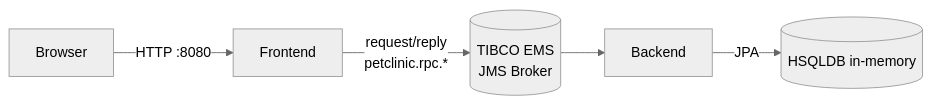
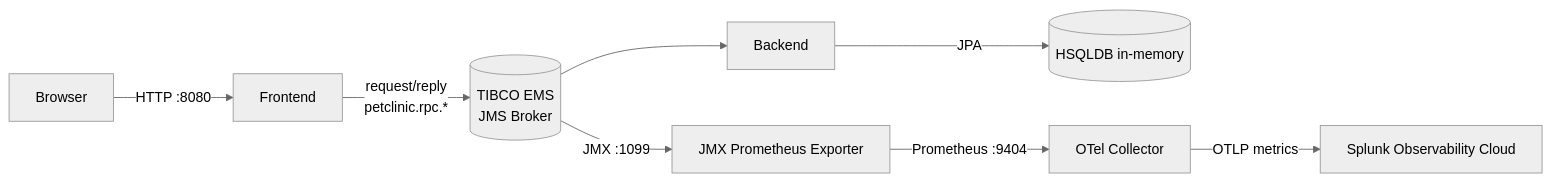
One commit to neechuan/spring3-petclinic-tibco-splunk-o11y changed the first of 2 diagrams in README.md. Above: the diagram before and after it, drawn with Mermaid (neutral theme). The commit also changed other lines of this file and 7 other files, not shown here.

Commit message:
feat: add JMX Prometheus exporter for ActiveMQ metrics and update architecture documentation

````diff
--- a/README.md
+++ b/README.md
@@ -15,7 +15,10 @@
 ```mermaid
 flowchart LR
     Browser -->|HTTP :8080| Frontend
     Frontend -->|"request/reply<br/>petclinic.rpc.*"| Tibco[(TIBCO EMS\nJMS Broker)]
     Tibco --> Backend
     Backend -->|JPA| HSQLDB[(HSQLDB in-memory)]
+    Tibco -->|JMX :1099| Exporter[JMX Prometheus Exporter]
+    Exporter -->|Prometheus :9404| Collector[OTel Collector]
+    Collector -->|OTLP metrics| Cloud[Splunk Observability Cloud]
 ```
````
